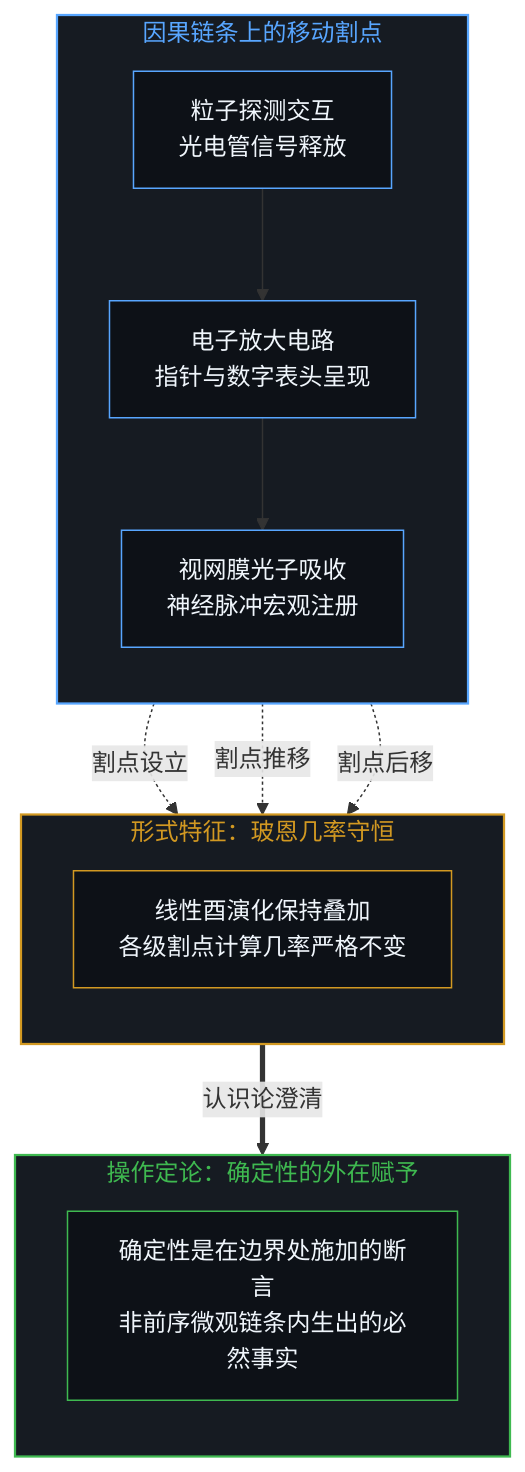
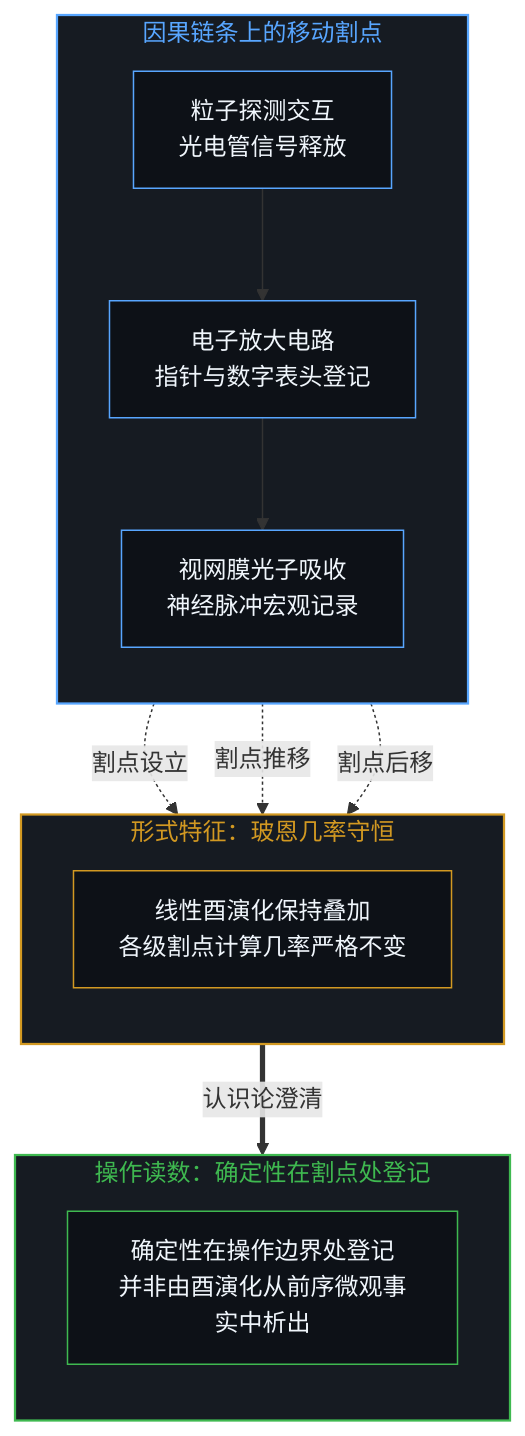
One commit to powerpig99/not-a-toe changed the fifth of 6 diagrams in content/posts/the-potential-infinity-of-operators-and-the-finite-horizon-of-records.md. Above: the diagram before and after it, drawn with Mermaid. The commit also changed other lines of this file and 1 other file, not shown here.

Commit message:
Wave 2 L2 node 2 refinement: the-potential-infinity-of-operators-and-the-finite-horizon-of-records

````diff
--- a/content/posts/the-potential-infinity-of-operators-and-the-finite-horizon-of-records.md
+++ b/content/posts/the-potential-infinity-of-operators-and-the-finite-horizon-of-records.md
@@ -161,29 +165,29 @@
 ```mermaid
 flowchart TD
     subgraph S_CHAIN ["因果链条上的移动割点"]
         direction TB
-        A["粒子探测交互<br/>光电管信号释放"] --> B["电子放大电路<br/>指针与数字表头呈现"]
-        B --> C["视网膜光子吸收<br/>神经脉冲宏观注册"]
+        A["粒子探测交互<br/>光电管信号释放"] --> B["电子放大电路<br/>指针与数字表头登记"]
+        B --> C["视网膜光子吸收<br/>神经脉冲宏观记录"]
     end
     subgraph S_INVARIANCE ["形式特征：玻恩几率守恒"]
         direction TB
         D["线性酉演化保持叠加<br/>各级割点计算几率严格不变"]
     end
-    subgraph S_HORIZON ["操作定论：确定性的外在赋予"]
+    subgraph S_HORIZON ["操作读数：确定性在割点处登记"]
         direction TB
-        E["确定性是在边界处施加的断言<br/>非前序微观链条内生出的必然事实"]
+        E["确定性在操作边界处登记<br/>并非由酉演化从前序微观事实中析出"]
     end
     A -.->|割点设立| D
     B -.->|割点推移| D
     C -.->|割点后移| D
     D ==>|认识论澄清| E
 
     style S_CHAIN fill:#161b22,stroke:#58a6ff,stroke-width:1.5px,color:#58a6ff
     style S_INVARIANCE fill:#161b22,stroke:#d29922,stroke-width:1.5px,color:#d29922
     style S_HORIZON fill:#161b22,stroke:#3fb950,stroke-width:1.5px,color:#3fb950
     style A fill:#0d1117,stroke:#58a6ff,stroke-width:1px,color:#f0f6fc
     style B fill:#0d1117,stroke:#58a6ff,stroke-width:1px,color:#f0f6fc
     style C fill:#0d1117,stroke:#58a6ff,stroke-width:1px,color:#f0f6fc
     style D fill:#0d1117,stroke:#d29922,stroke-width:1px,color:#f0f6fc
     style E fill:#0d1117,stroke:#3fb950,stroke-width:1px,color:#f0f6fc
 ```
````
